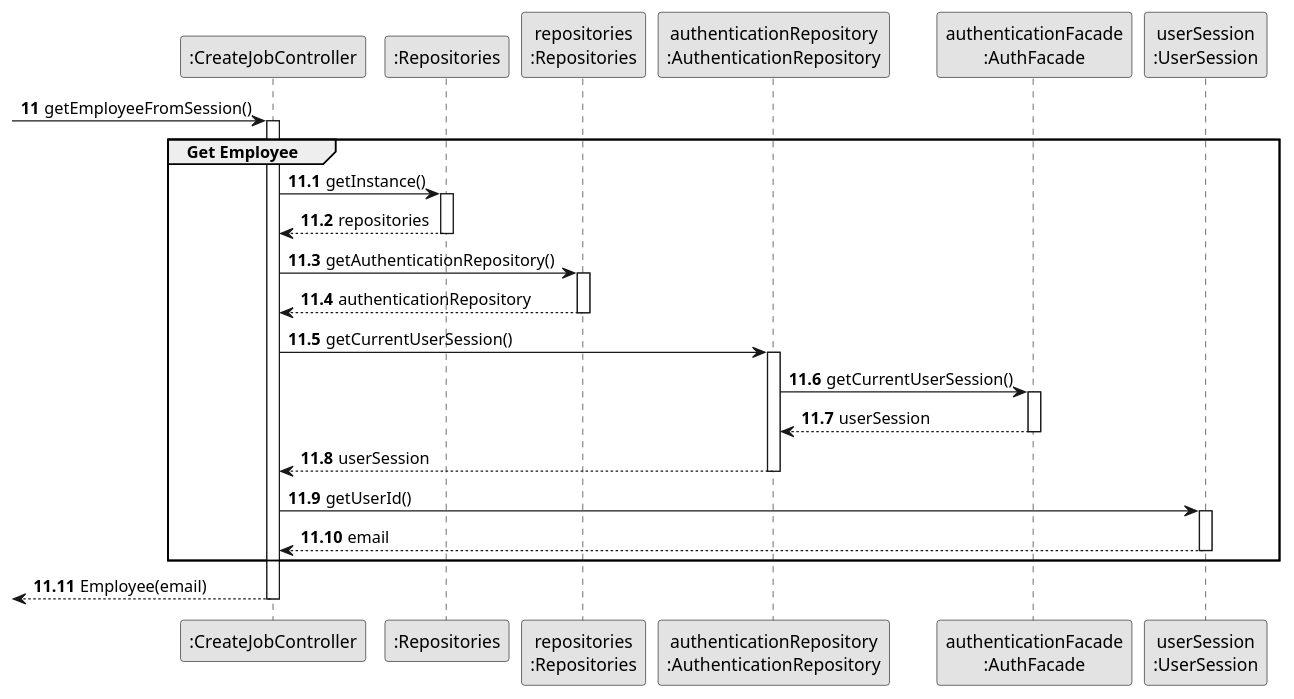
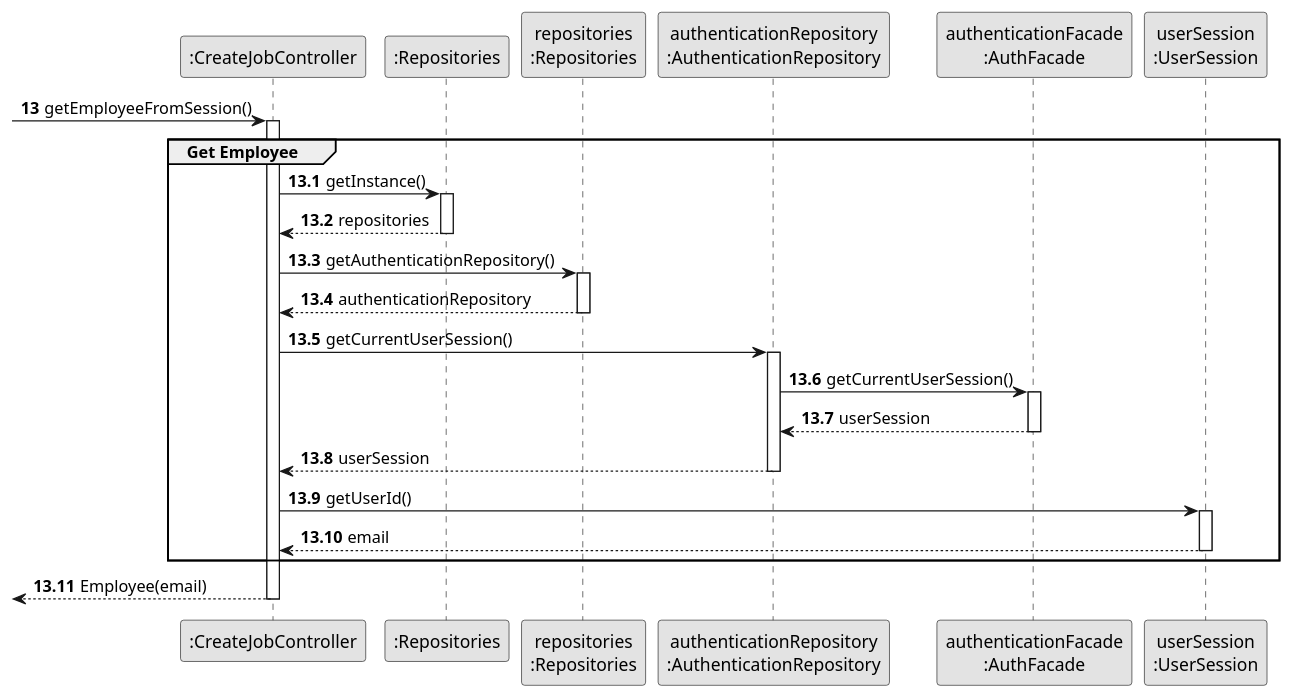
One commit to Paulo-Pereira-at-ISEP/lei-24-s2-1nanb-g321 changed the diagram in docs/sprintB/us02/03.design/puml/us02-sequence-diagram-partial-get-employee.puml. Above: the diagram before and after it, drawn with PlantUML. The commit also changed 6 other files, not shown here.

Commit message:
LGGPM-117 - US01 - Design - Sequence diagram update (full diagram, partial-get-employee, partial-validate-job)

```diff
--- a/docs/sprintB/us02/03.design/puml/us02-sequence-diagram-partial-get-employee.puml
+++ b/docs/sprintB/us02/03.design/puml/us02-sequence-diagram-partial-get-employee.puml
@@ -1,69 +1,69 @@
 @startuml
 skinparam monochrome true
 skinparam packageStyle rectangle
 skinparam shadowing false
 
 
 
 'hide footbox
 participant ":CreateJobController" as CTRL
 participant ":Repositories" as REPO_SINGLETON
 participant "repositories\n:Repositories" as GEN_REPO_INSTANCE
 participant "authenticationRepository\n:AuthenticationRepository" as AUTH_REPO_INSTANCE
 participant "authenticationFacade\n:AuthFacade" as AUTH_FACADE_INSTANCE
 participant "userSession\n:UserSession" as USR_SESSION_INSTANCE
 
 
-autonumber 11
+autonumber 13
 -> CTRL : getEmployeeFromSession()
-autonumber 11.1
+autonumber 13.1
 activate CTRL
 
     group Get Employee
 
         CTRL -> REPO_SINGLETON : getInstance()
 
         activate REPO_SINGLETON
 
             REPO_SINGLETON --> CTRL : repositories
 
         deactivate REPO_SINGLETON
 
         CTRL -> GEN_REPO_INSTANCE : getAuthenticationRepository()
 
         activate GEN_REPO_INSTANCE
 
         GEN_REPO_INSTANCE --> CTRL : authenticationRepository
 
         deactivate GEN_REPO_INSTANCE
 
         CTRL -> AUTH_REPO_INSTANCE : getCurrentUserSession()
 
         activate AUTH_REPO_INSTANCE
 
         AUTH_REPO_INSTANCE -> AUTH_FACADE_INSTANCE : getCurrentUserSession()
 
         activate AUTH_FACADE_INSTANCE
 
         AUTH_FACADE_INSTANCE --> AUTH_REPO_INSTANCE :  userSession
 
         deactivate AUTH_FACADE_INSTANCE
 
         AUTH_REPO_INSTANCE --> CTRL : userSession
 
         deactivate AUTH_REPO_INSTANCE
 
         CTRL -> USR_SESSION_INSTANCE : getUserId()
 
         activate USR_SESSION_INSTANCE
 
         USR_SESSION_INSTANCE --> CTRL : email
 
         deactivate USR_SESSION_INSTANCE
 
     end
 
     <-- CTRL : Employee(email)
 deactivate CTRL
 
 @enduml
```
